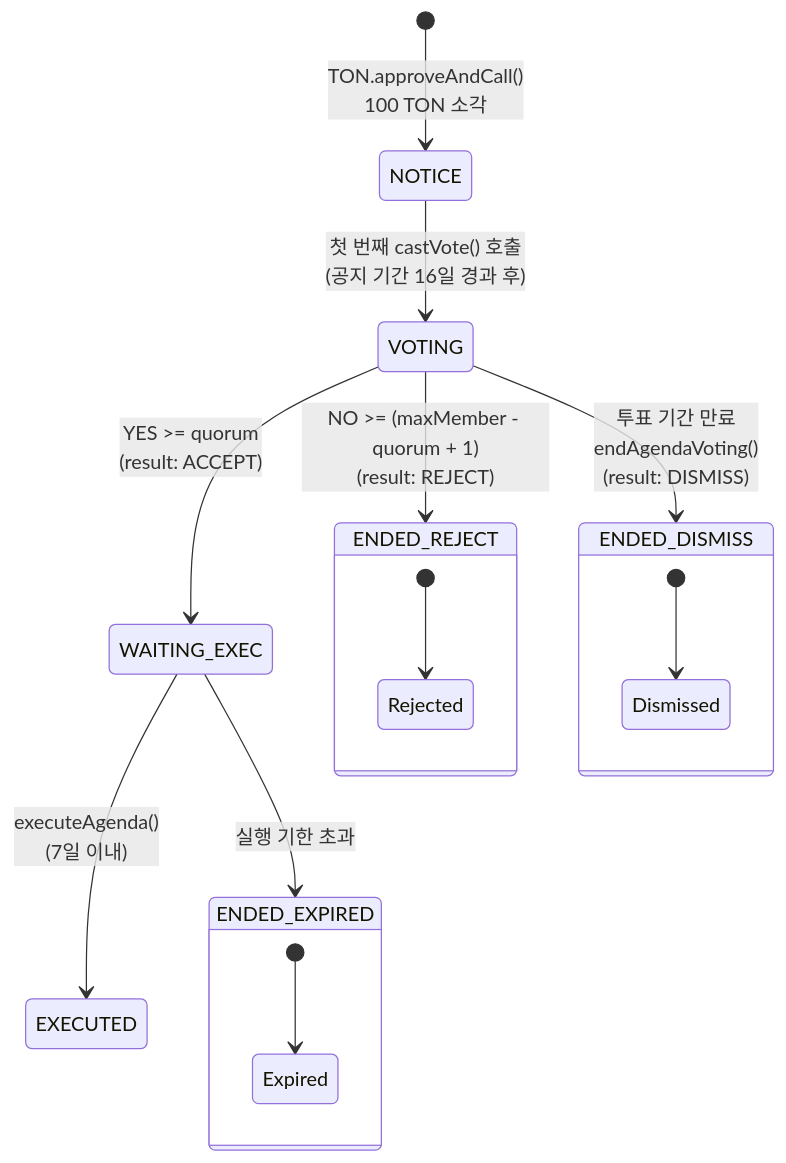
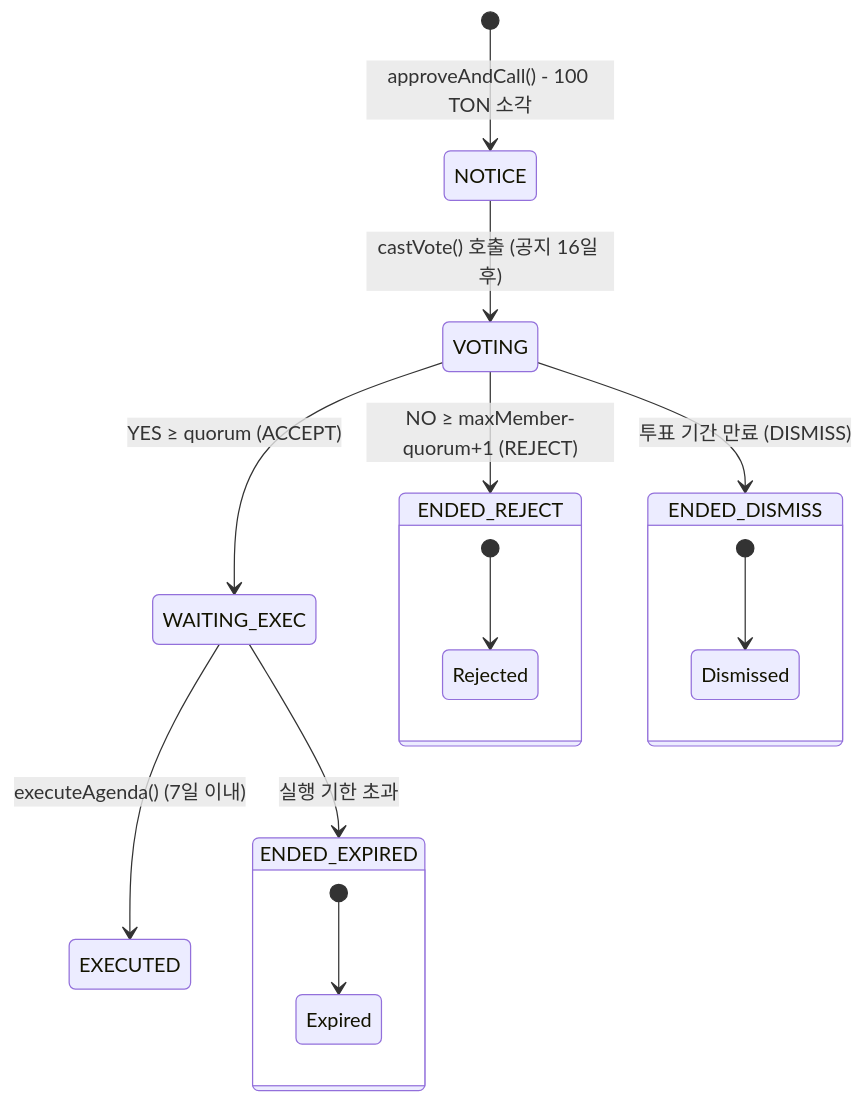
Before and after one commit to tokamak-network/tokamak-dao-v2: the third of 7 diagrams in docs/v1-architecture.md, drawn with Mermaid.

Commit message:
fix(docs): remove unsupported br tags in Mermaid stateDiagram
GitHub Mermaid does not support <br/> in stateDiagram-v2
transition labels. Use plain text instead.

````diff
--- a/docs/v1-architecture.md
+++ b/docs/v1-architecture.md
@@ -109,23 +109,23 @@
 ```mermaid
 stateDiagram-v2
-    [*] --> NOTICE: TON.approveAndCall()<br/>100 TON 소각
+    [*] --> NOTICE : approveAndCall() - 100 TON 소각
 
-    NOTICE --> VOTING: 첫 번째 castVote() 호출<br/>(공지 기간 16일 경과 후)
+    NOTICE --> VOTING : castVote() 호출 (공지 16일 후)
 
-    VOTING --> WAITING_EXEC: YES >= quorum<br/>(result: ACCEPT)
-    VOTING --> ENDED_REJECT: NO >= (maxMember - quorum + 1)<br/>(result: REJECT)
-    VOTING --> ENDED_DISMISS: 투표 기간 만료<br/>endAgendaVoting()<br/>(result: DISMISS)
+    VOTING --> WAITING_EXEC : YES ≥ quorum (ACCEPT)
+    VOTING --> ENDED_REJECT : NO ≥ maxMember-quorum+1 (REJECT)
+    VOTING --> ENDED_DISMISS : 투표 기간 만료 (DISMISS)
 
-    WAITING_EXEC --> EXECUTED: executeAgenda()<br/>(7일 이내)
-    WAITING_EXEC --> ENDED_EXPIRED: 실행 기한 초과
+    WAITING_EXEC --> EXECUTED : executeAgenda() (7일 이내)
+    WAITING_EXEC --> ENDED_EXPIRED : 실행 기한 초과
 
     state ENDED_REJECT {
         [*] --> Rejected
     }
     state ENDED_DISMISS {
         [*] --> Dismissed
     }
     state ENDED_EXPIRED {
         [*] --> Expired
     }
 ```
````
